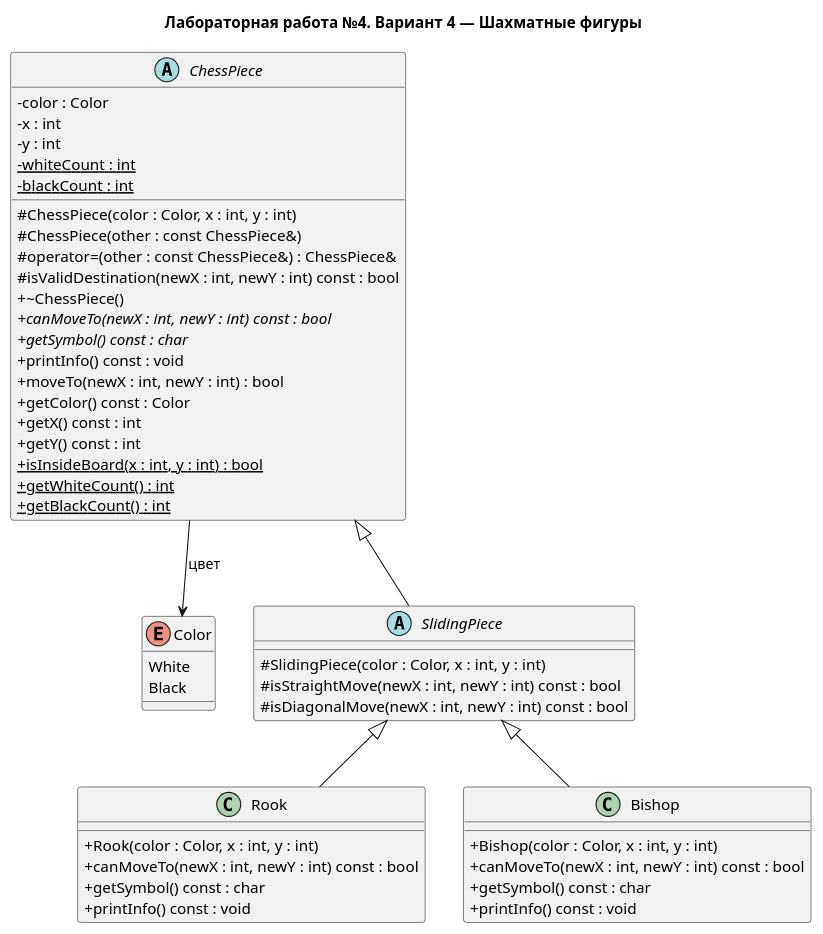
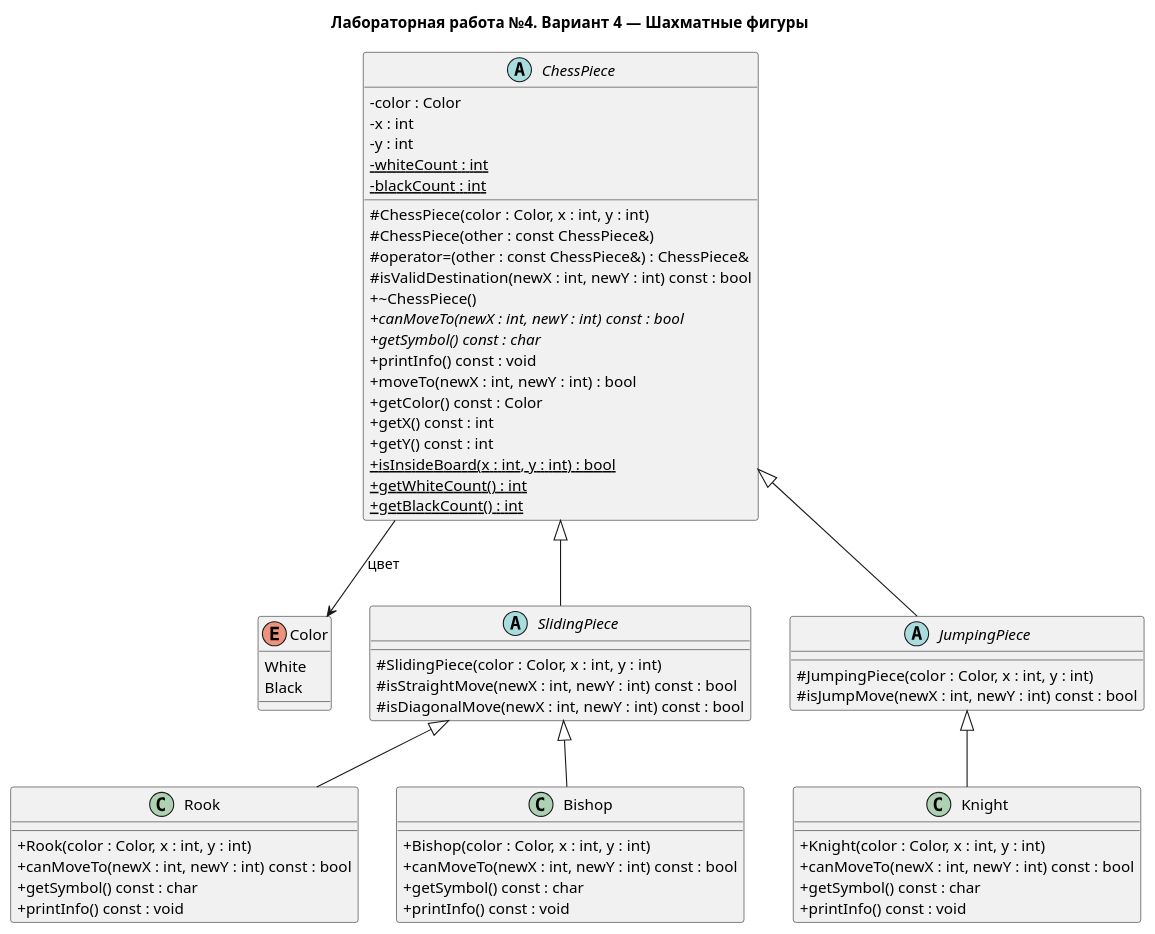
Before and after one commit to lnknwl/lab4: the diagram in uml/chess.puml, drawn with PlantUML. The commit also changed 12 other files, not shown here.

Commit message:
Добавлены JumpingPiece и шахматный конь

```diff
--- a/uml/chess.puml
+++ b/uml/chess.puml
@@ -1,57 +1,71 @@
 @startuml
 title Лабораторная работа №4. Вариант 4 — Шахматные фигуры
 skinparam classAttributeIconSize 0
 
 enum Color {
     White
     Black
 }
 
 abstract class ChessPiece {
     - color : Color
     - x : int
     - y : int
     - {static} whiteCount : int
     - {static} blackCount : int
     # ChessPiece(color : Color, x : int, y : int)
     # ChessPiece(other : const ChessPiece&)
     # operator=(other : const ChessPiece&) : ChessPiece&
     # isValidDestination(newX : int, newY : int) const : bool
     + ~ChessPiece()
     + {abstract} canMoveTo(newX : int, newY : int) const : bool
     + {abstract} getSymbol() const : char
     + printInfo() const : void
     + moveTo(newX : int, newY : int) : bool
     + getColor() const : Color
     + getX() const : int
     + getY() const : int
     + {static} isInsideBoard(x : int, y : int) : bool
     + {static} getWhiteCount() : int
     + {static} getBlackCount() : int
 }
 
 abstract class SlidingPiece {
     # SlidingPiece(color : Color, x : int, y : int)
     # isStraightMove(newX : int, newY : int) const : bool
     # isDiagonalMove(newX : int, newY : int) const : bool
 }
 
 class Rook {
     + Rook(color : Color, x : int, y : int)
     + canMoveTo(newX : int, newY : int) const : bool
     + getSymbol() const : char
     + printInfo() const : void
 }
 
 class Bishop {
     + Bishop(color : Color, x : int, y : int)
     + canMoveTo(newX : int, newY : int) const : bool
     + getSymbol() const : char
     + printInfo() const : void
 }
 
+abstract class JumpingPiece {
+    # JumpingPiece(color : Color, x : int, y : int)
+    # isJumpMove(newX : int, newY : int) const : bool
+}
+
+class Knight {
+    + Knight(color : Color, x : int, y : int)
+    + canMoveTo(newX : int, newY : int) const : bool
+    + getSymbol() const : char
+    + printInfo() const : void
+}
+
 ChessPiece --> Color : цвет
 ChessPiece <|-- SlidingPiece
 SlidingPiece <|-- Rook
 SlidingPiece <|-- Bishop
+ChessPiece <|-- JumpingPiece
+JumpingPiece <|-- Knight
 @enduml
```
